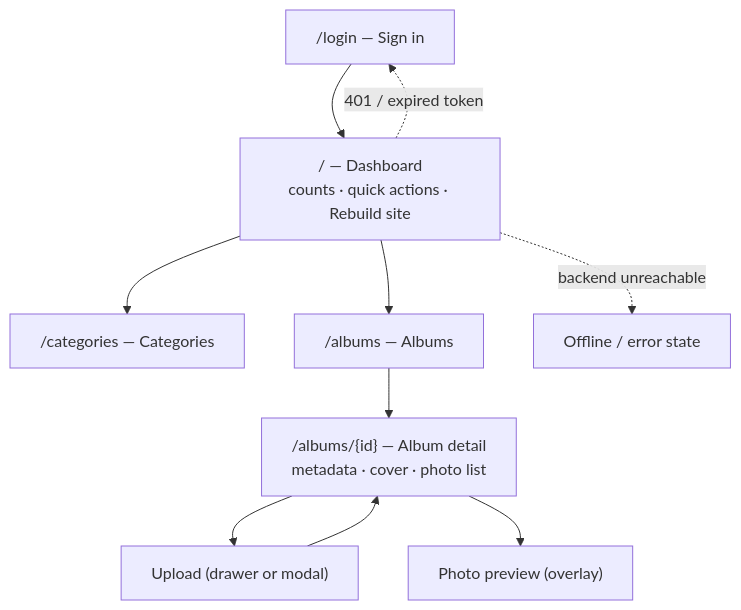
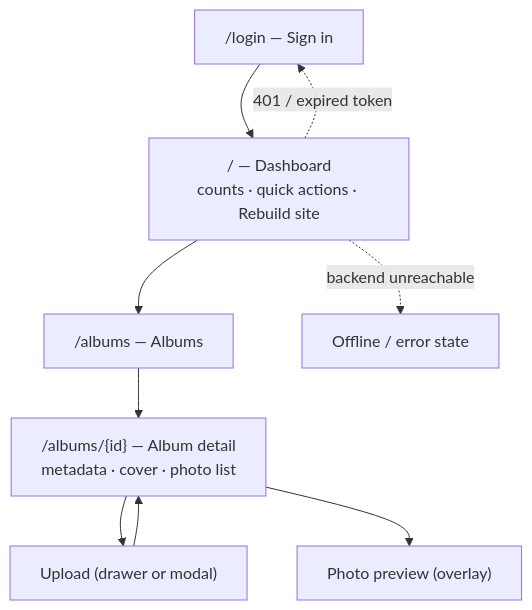
The second of 2 diagrams in DESIGN.md (toledobrendo/btagila-portfolio), drawn with Mermaid before and after one commit. The commit also changed other lines of this file and 14 other files, not shown here.

````diff
--- a/DESIGN.md
+++ b/DESIGN.md
@@ -89,12 +88,11 @@
 ```mermaid
 flowchart TD
     LG["/login — Sign in"] --> DB["/ — Dashboard<br/>counts · quick actions · Rebuild site"]
-    DB --> CA["/categories — Categories"]
     DB --> AL["/albums — Albums"]
     AL --> AD["/albums/{id} — Album detail<br/>metadata · cover · photo list"]
     AD --> UP["Upload (drawer or modal)"]
     AD --> PV["Photo preview (overlay)"]
     UP --> AD
     DB -. "401 / expired token" .-> LG
     DB -. "backend unreachable" .-> OFF["Offline / error state"]
 ```
````
